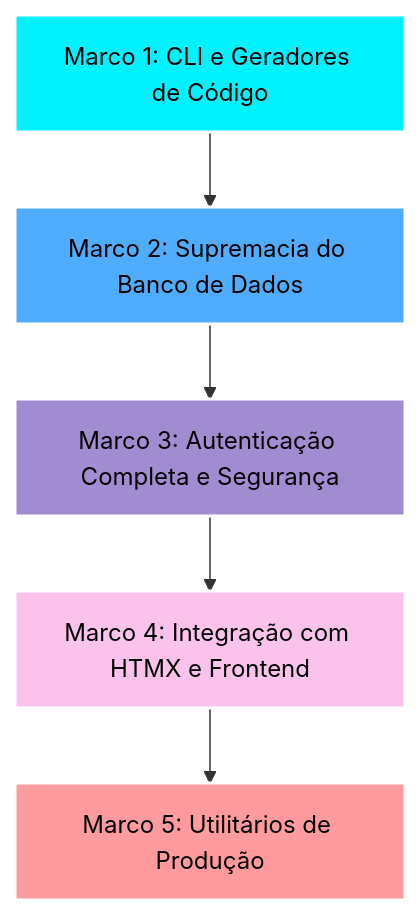
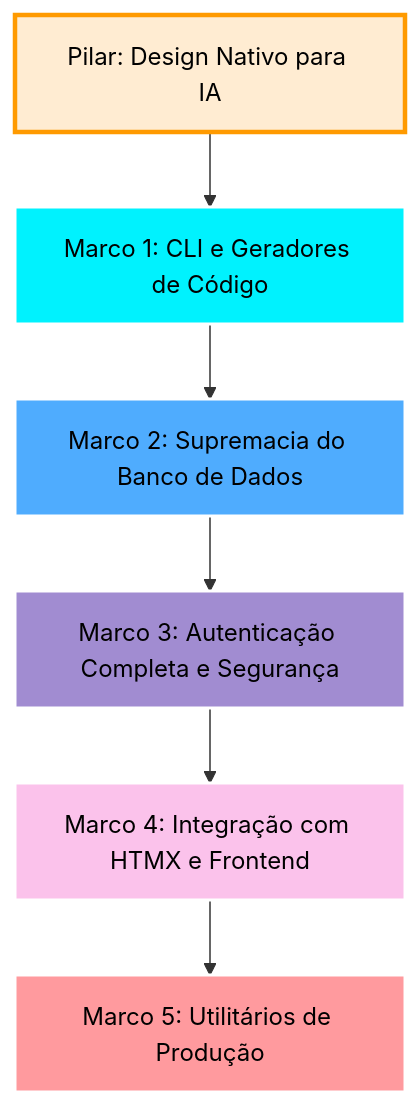
The diagram in ROADMAP.pt.md (Rullst/Rullst), drawn with Mermaid before and after one commit. The commit also changed other lines of this file and 1 other file, not shown here.

Commit message:
docs: add AI-Native Paradigm to ROADMAP.md and ROADMAP.pt.md

````diff
--- a/ROADMAP.pt.md
+++ b/ROADMAP.pt.md
@@ -14,12 +25,14 @@
 ```mermaid
 graph TD
-    M1[Marco 1: CLI e Geradores de Código] --> M2[Marco 2: Supremacia do Banco de Dados]
+    M0[Pilar: Design Nativo para IA] --> M1[Marco 1: CLI e Geradores de Código]
+    M1 --> M2[Marco 2: Supremacia do Banco de Dados]
     M2 --> M3[Marco 3: Autenticação Completa e Segurança]
     M3 --> M4[Marco 4: Integração com HTMX e Frontend]
     M4 --> M5[Marco 5: Utilitários de Produção]
+    style M0 fill:#ffecd2,stroke:#ff9a00,stroke-width:3px,color:#000
     style M1 fill:#00f2fe,stroke:#fff,stroke-width:2px,color:#000
     style M2 fill:#4facfe,stroke:#fff,stroke-width:2px,color:#000
     style M3 fill:#a18cd1,stroke:#fff,stroke-width:2px,color:#000
     style M4 fill:#fbc2eb,stroke:#fff,stroke-width:2px,color:#000
     style M5 fill:#ff9a9e,stroke:#fff,stroke-width:2px,color:#000
 ```
````
